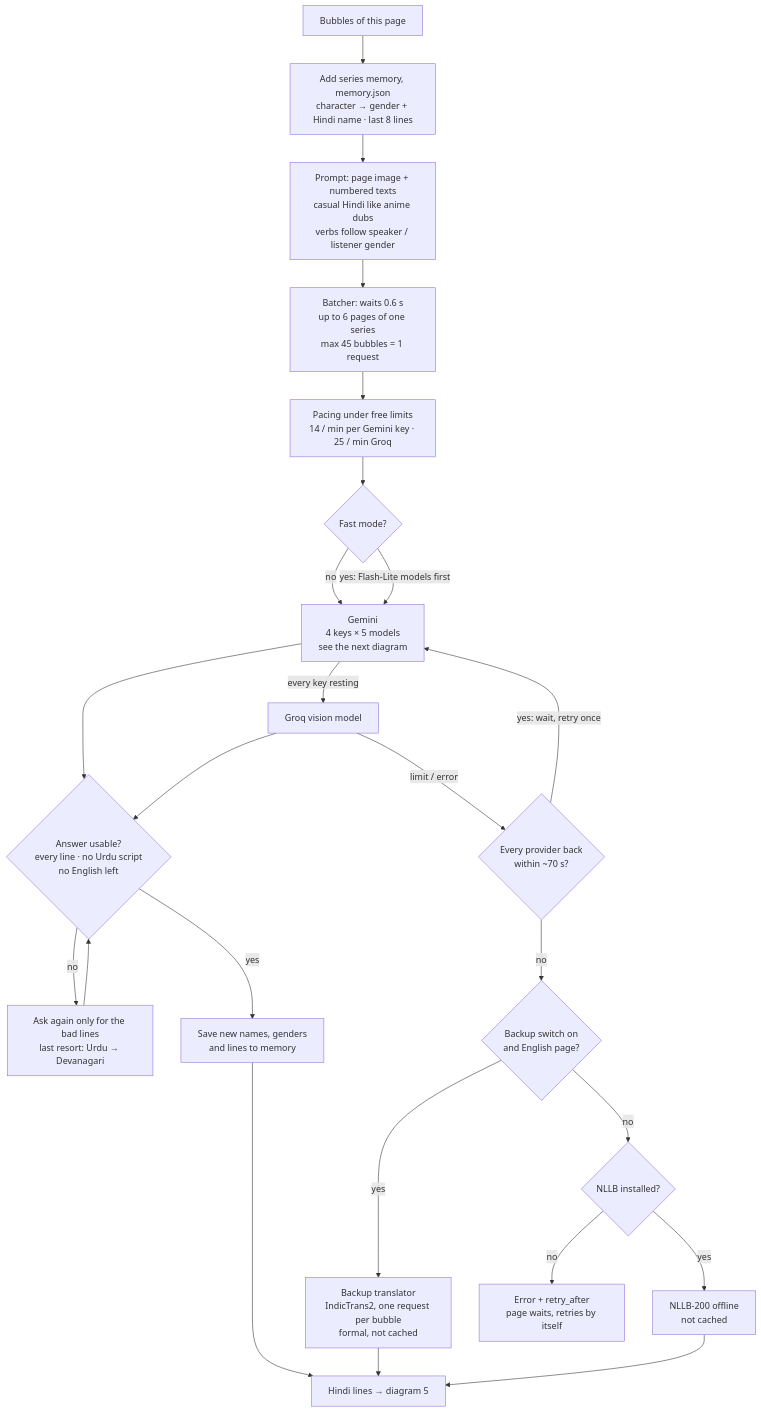
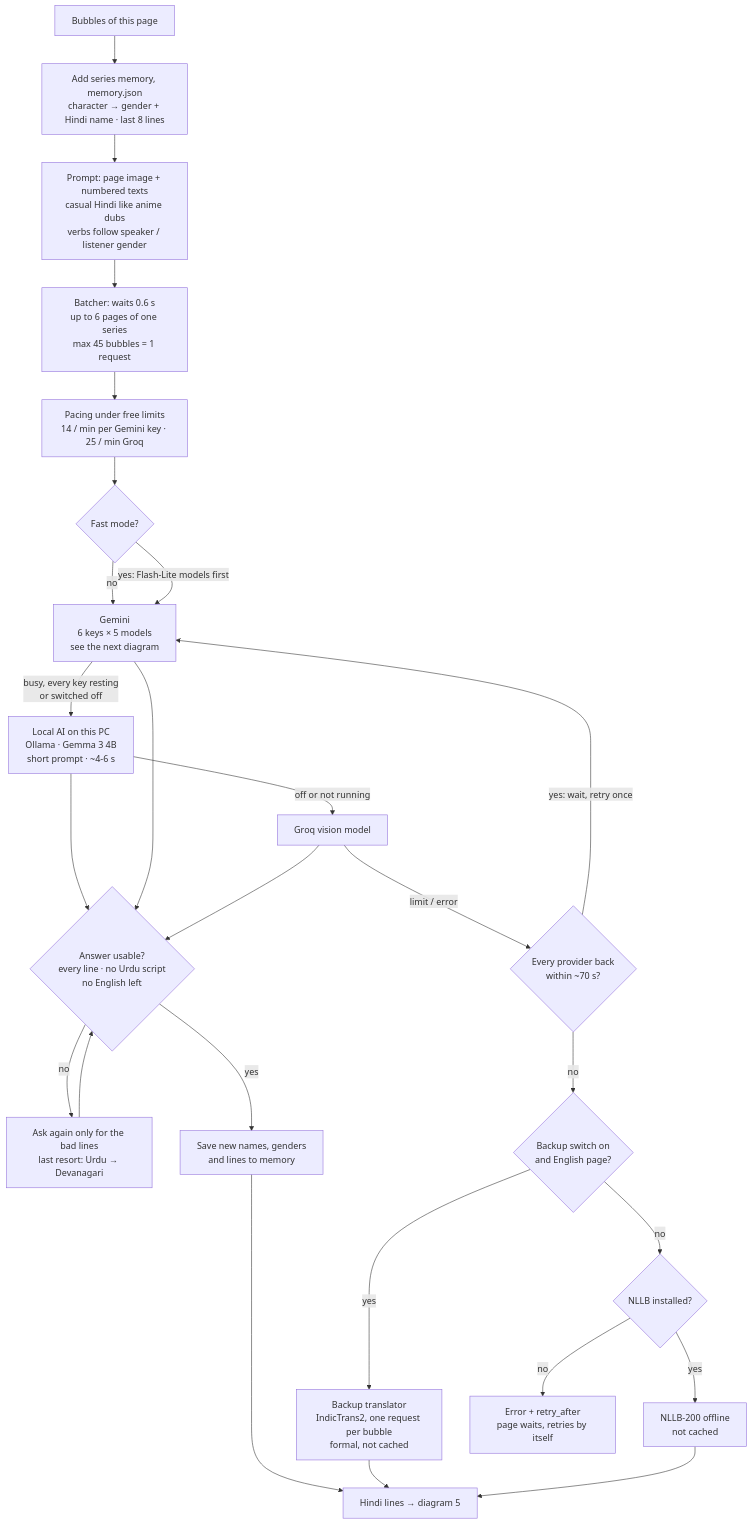
The fourth of 6 diagrams in README.md (jitendra205saini/Manga-Translator), drawn with Mermaid before and after one commit. The commit also changed other lines of this file and 1 other file, not shown here.

Commit message:
README: local AI in diagrams, 6 keys round robin

````diff
--- a/README.md
+++ b/README.md
@@ -194,25 +196,27 @@
 ```mermaid
 flowchart TD
     G["Bubbles of this page"] --> M["Add series memory, memory.json<br/>character → gender + Hindi name · last 8 lines"]
     M --> P["Prompt: page image + numbered texts<br/>casual Hindi like anime dubs<br/>verbs follow speaker / listener gender"]
     P --> BQ["Batcher: waits 0.6 s<br/>up to 6 pages of one series<br/>max 45 bubbles = 1 request"]
     BQ --> PC["Pacing under free limits<br/>14 / min per Gemini key · 25 / min Groq"]
     PC --> FM{"Fast mode?"}
-    FM -->|"no"| GM["Gemini<br/>4 keys × 5 models<br/>see the next diagram"]
+    FM -->|"no"| GM["Gemini<br/>6 keys × 5 models<br/>see the next diagram"]
     FM -->|"yes: Flash-Lite models first"| GM
-    GM -->|"every key resting"| GQ["Groq vision model"]
+    GM -->|"busy, every key resting<br/>or switched off"| LC["Local AI on this PC<br/>Ollama · Gemma 3 4B<br/>short prompt · ~4-6 s"]
+    LC -->|"off or not running"| GQ["Groq vision model"]
+    LC --> CK
     GM --> CK{"Answer usable?<br/>every line · no Urdu script<br/>no English left"}
     GQ --> CK
     CK -->|"no"| RA["Ask again only for the bad lines<br/>last resort: Urdu → Devanagari"]
     RA --> CK
     CK -->|"yes"| MW["Save new names, genders<br/>and lines to memory"]
     MW --> OK["Hindi lines → diagram 5"]
     GQ -->|"limit / error"| WT{"Every provider back<br/>within ~70 s?"}
     WT -->|"yes: wait, retry once"| GM
     WT -->|"no"| BK{"Backup switch on<br/>and English page?"}
     BK -->|"yes"| BT["Backup translator<br/>IndicTrans2, one request per bubble<br/>formal, not cached"]
     BT --> OK
     BK -->|"no"| NL{"NLLB installed?"}
     NL -->|"yes"| NN["NLLB-200 offline<br/>not cached"] --> OK
     NL -->|"no"| RT["Error + retry_after<br/>page waits, retries by itself"]
 ```
````
